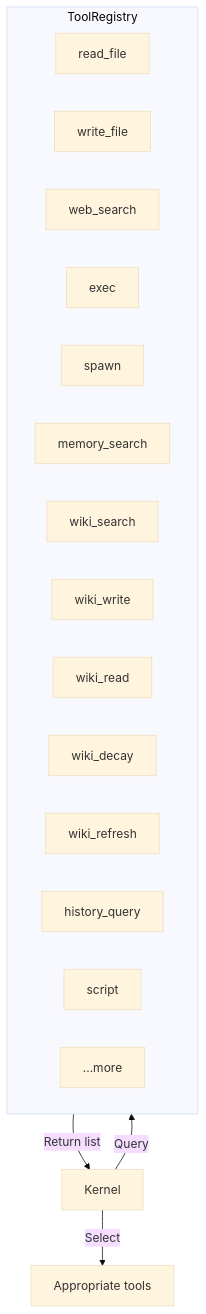
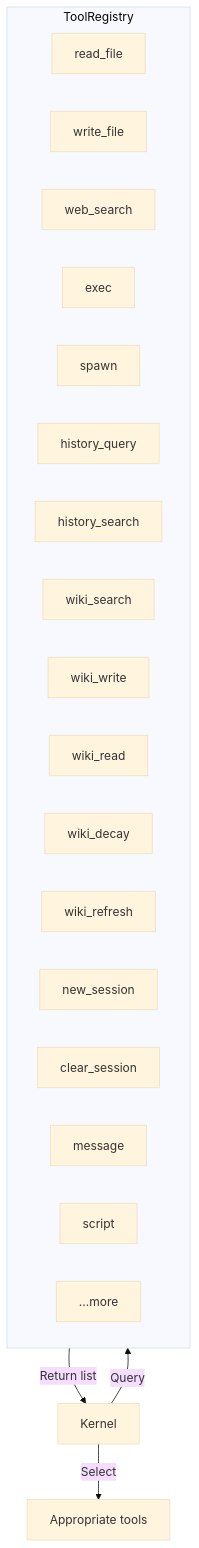
Diagram 12 of 14 in docs/tools-en.md (yeheng/nanobot-rs), drawn with Mermaid (base theme) before and after one commit. The commit also changed other lines of this file and 10 other files, not shown here.

Commit message:
feat(docs): 全面更新文档以反映 v2.1 配置、工具及子代理架构变更 - 更新配置文档：新增环境变量引用、api_base 字段、Anthropic/Gemini 提供商、模型 Profile 配置及新选项 - 重构工具文档：替换 Memory 工具为 History Query 工具、新增会话管理及消息工具、新增工具审批系统说明 - 更新子代理文档：新增模型选择参数、并行执行限制、WebSocket 流式事件类型及超时配置 - 更新会话文档：新增工具审批流程 Mermaid 图及说明 - 精简部署与 FAQ 文档：日志配置改为环境变量方式、移除过时配置项

````diff
--- a/docs/tools-en.md
+++ b/docs/tools-en.md
@@ -357,23 +344,26 @@
 ```mermaid
 flowchart TB
     subgraph Registry["ToolRegistry"]
         T1["read_file"]
         T2["write_file"]
         T3["web_search"]
         T4["exec"]
         T5["spawn"]
-        T6["memory_search"]
-        T7["wiki_search"]
-        T8["wiki_write"]
-        T9["wiki_read"]
-        T10["wiki_decay"]
-        T11["wiki_refresh"]
-        T12["history_query"]
-        T13["script"]
+        T6["history_query"]
+        T7["history_search"]
+        T8["wiki_search"]
+        T9["wiki_write"]
+        T10["wiki_read"]
+        T11["wiki_decay"]
+        T12["wiki_refresh"]
+        T13["new_session"]
+        T14["clear_session"]
+        T15["message"]
+        T16["script"]
         TN["...more"]
     end
 
     Kernel -->|Query| Registry
     Registry -->|Return list| Kernel
     Kernel -->|Select| Selected["Appropriate tools"]
 ```
````
